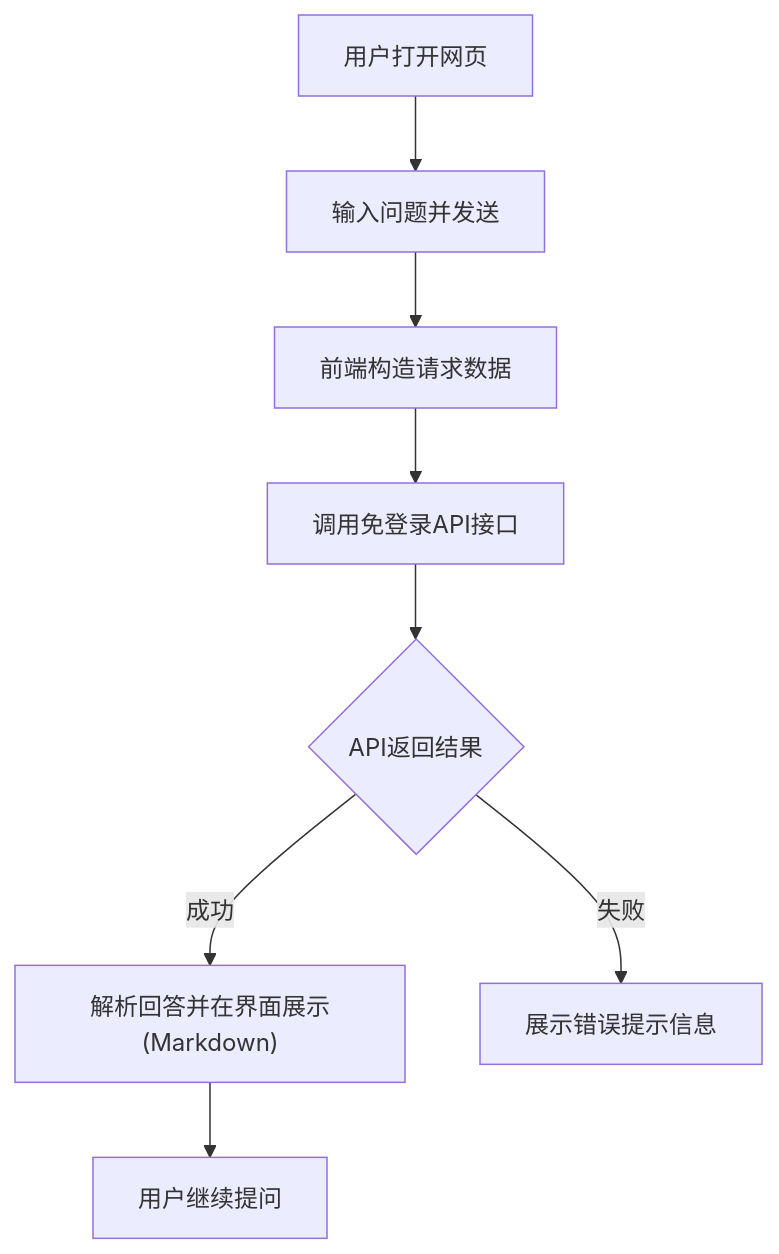
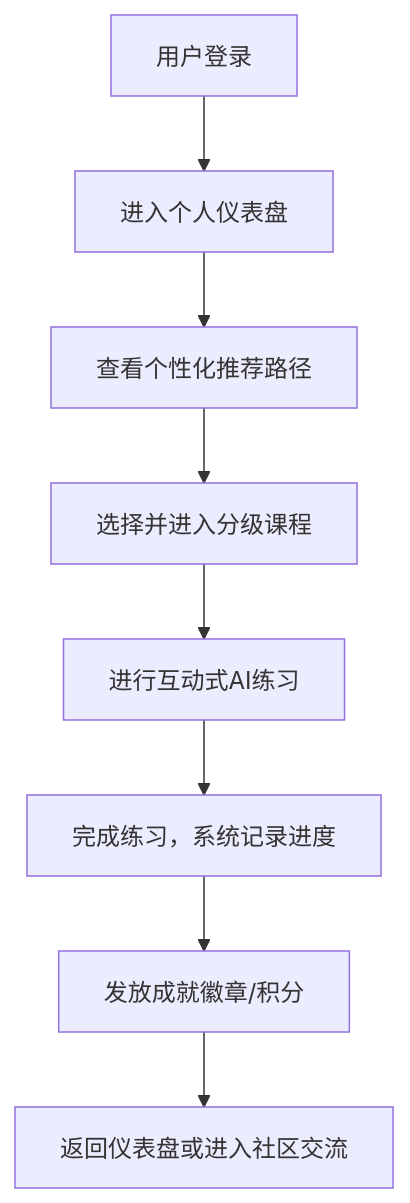
One commit to liuxinhaoboy/AI changed the diagram in .trae/documents/prd.md. Above: the diagram before and after it, drawn with Mermaid. The commit also changed other lines of this file and 35 other files, not shown here.

````diff
--- a/.trae/documents/prd.md
+++ b/.trae/documents/prd.md
@@ -20,10 +32,10 @@
 ```mermaid
 graph TD
-    A["用户打开网页"] --> B["输入问题并发送"]
-    B --> C["前端构造请求数据"]
-    C --> D["调用免登录API接口"]
-    D --> E{"API返回结果"}
-    E -- "成功" --> F["解析回答并在界面展示(Markdown)"]
-    E -- "失败" --> G["展示错误提示信息"]
-    F --> H["用户继续提问"]
+    A["用户登录"] --> B["进入个人仪表盘"]
+    B --> C["查看个性化推荐路径"]
+    C --> D["选择并进入分级课程"]
+    D --> E["进行互动式AI练习"]
+    E --> F["完成练习，系统记录进度"]
+    F --> G["发放成就徽章/积分"]
+    G --> H["返回仪表盘或进入社区交流"]
 ```
````
